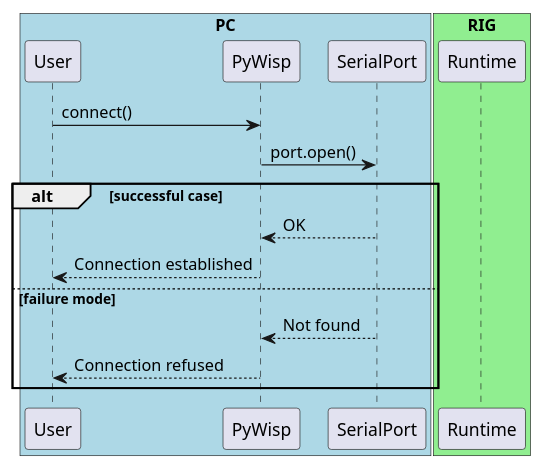
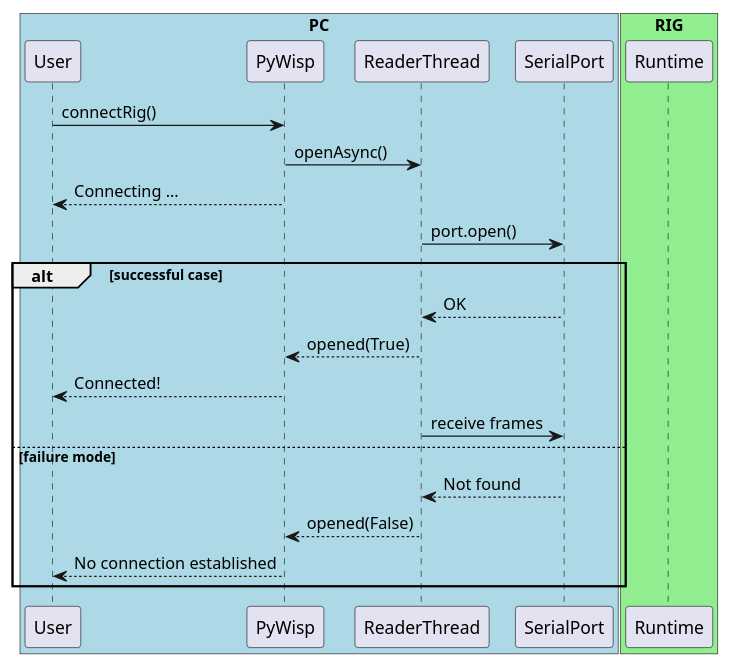
The first of 5 diagrams in docs/communication/index.rst (umit-iace/tool-pywisp), drawn with PlantUML before and after one commit. The commit also changed other lines of this file and 3 other files, not shown here.

```diff
--- a/docs/communication/index.rst
+++ b/docs/communication/index.rst
@@ -12,21 +17,27 @@
 .. uml::
     :caption: Connecting to a serial port
 
     box "PC" #LightBlue
     participant User
     participant PyWisp
+    participant ReaderThread
     participant SerialPort
     end box
     box "RIG" #LightGreen
     participant Runtime
     end box
 
-    User -> PyWisp: connect()
-    PyWisp -> SerialPort: port.open()
+    User -> PyWisp: connectRig()
+    PyWisp -> ReaderThread: openAsync()
+    User <-- PyWisp: Connecting ...
+    ReaderThread -> SerialPort: port.open()
     alt successful case
-        PyWisp <-- SerialPort: OK
-        User <-- PyWisp: Connection established
+        ReaderThread <-- SerialPort: OK
+        PyWisp <-- ReaderThread: opened(True)
+        User <-- PyWisp: Connected!
+        ReaderThread -> SerialPort: receive frames
     else failure mode
-        PyWisp <-- SerialPort: Not found
-        User <-- PyWisp: Connection refused
+        ReaderThread <-- SerialPort: Not found
+        PyWisp <-- ReaderThread: opened(False)
+        User <-- PyWisp: No connection established
     end
```
